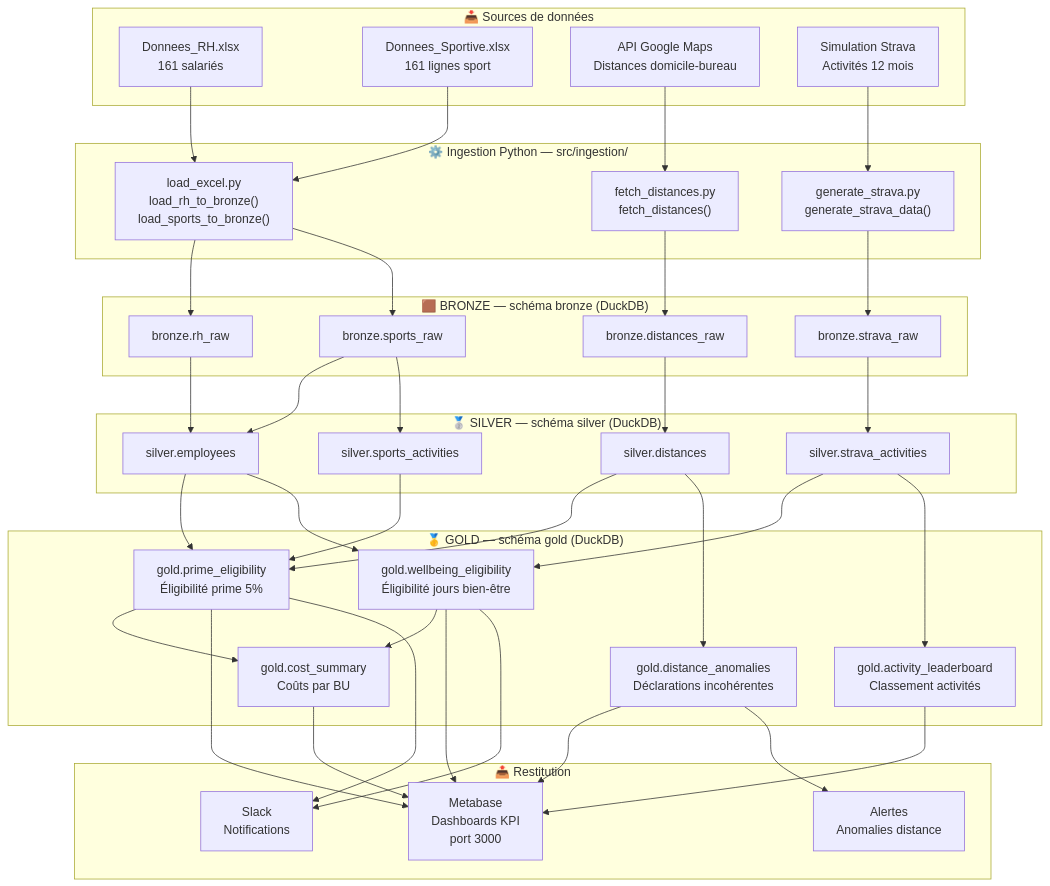
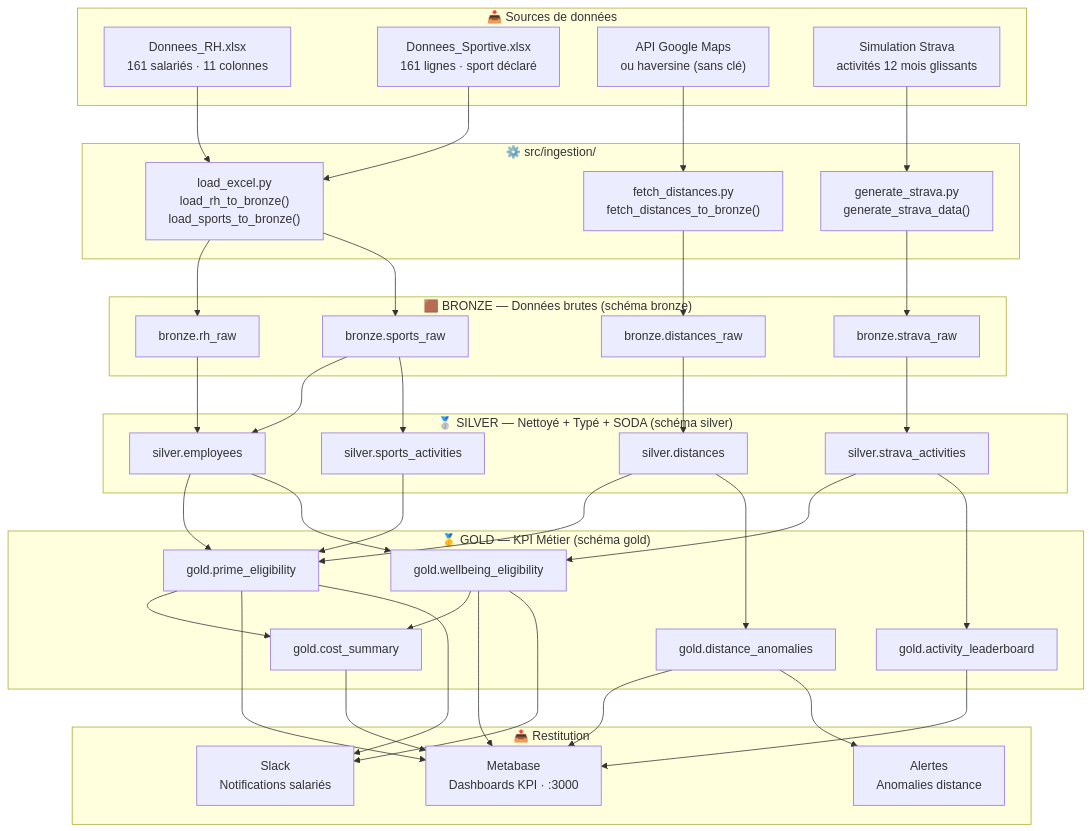
The first of 7 diagrams in docs/architecture.md (ASNIA33/poc-avantages-sportifs-scaffold), drawn with Mermaid before and after one commit. The commit also changed other lines of this file, not shown here.

Commit message:
docs(architecture): refonte complète avec navigation, diagrammes Mermaid et retours d'expérience

````diff
--- a/docs/architecture.md
+++ b/docs/architecture.md
@@ -36,63 +42,63 @@
 ```mermaid
 flowchart TD
     subgraph Sources["📥 Sources de données"]
-        RH["Donnees_RH.xlsx\n161 salariés"]
-        SP["Donnees_Sportive.xlsx\n161 lignes sport"]
-        GM["API Google Maps\nDistances domicile-bureau"]
-        ST["Simulation Strava\nActivités 12 mois"]
+        RH["Donnees_RH.xlsx\n161 salariés · 11 colonnes"]
+        SP["Donnees_Sportive.xlsx\n161 lignes · sport déclaré"]
+        GM["API Google Maps\nou haversine (sans clé)"]
+        ST["Simulation Strava\nactivités 12 mois glissants"]
     end
 
-    subgraph Ingestion["⚙️ Ingestion Python — src/ingestion/"]
+    subgraph Ingestion["⚙️ src/ingestion/"]
         LE["load_excel.py\nload_rh_to_bronze()\nload_sports_to_bronze()"]
-        FD["fetch_distances.py\nfetch_distances()"]
+        FD["fetch_distances.py\nfetch_distances_to_bronze()"]
         GS["generate_strava.py\ngenerate_strava_data()"]
     end
 
-    subgraph Bronze["🟫 BRONZE — schéma bronze (DuckDB)"]
+    subgraph Bronze["🟫 BRONZE — Données brutes (schéma bronze)"]
         BR["bronze.rh_raw"]
         BS["bronze.sports_raw"]
         BD["bronze.distances_raw"]
         BT["bronze.strava_raw"]
     end
 
-    subgraph Silver["🥈 SILVER — schéma silver (DuckDB)"]
+    subgraph Silver["🥈 SILVER — Nettoyé + Typé + SODA (schéma silver)"]
         SE["silver.employees"]
         SSA["silver.sports_activities"]
         SD["silver.distances"]
         STA["silver.strava_activities"]
     end
 
-    subgraph Gold["🥇 GOLD — schéma gold (DuckDB)"]
-        GP["gold.prime_eligibility\nÉligibilité prime 5%"]
-        GW["gold.wellbeing_eligibility\nÉligibilité jours bien-être"]
-        GC["gold.cost_summary\nCoûts par BU"]
-        GA["gold.distance_anomalies\nDéclarations incohérentes"]
-        GL["gold.activity_leaderboard\nClassement activités"]
+    subgraph Gold["🥇 GOLD — KPI Métier (schéma gold)"]
+        GP["gold.prime_eligibility"]
+        GW["gold.wellbeing_eligibility"]
+        GC["gold.cost_summary"]
+        GA["gold.distance_anomalies"]
+        GL["gold.activity_leaderboard"]
     end
 
     subgraph Restitution["📤 Restitution"]
-        MB["Metabase\nDashboards KPI\nport 3000"]
-        SL["Slack\nNotifications"]
+        MB["Metabase\nDashboards KPI · :3000"]
+        SL["Slack\nNotifications salariés"]
         AL["Alertes\nAnomalies distance"]
     end
 
     RH --> LE --> BR
     SP --> LE --> BS
     GM --> FD --> BD
     ST --> GS --> BT
 
     BR & BS --> SE
     BS --> SSA
     BD --> SD
     BT --> STA
 
     SE & SSA & SD --> GP
     SE & STA --> GW
     GP & GW --> GC
     SD --> GA
     STA --> GL
 
     GP & GW & GC & GA & GL --> MB
     GP & GW --> SL
     GA --> AL
 ```
````
